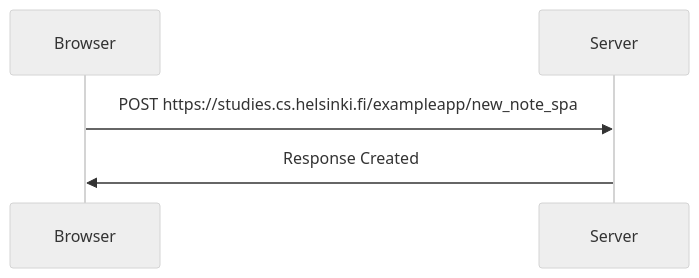
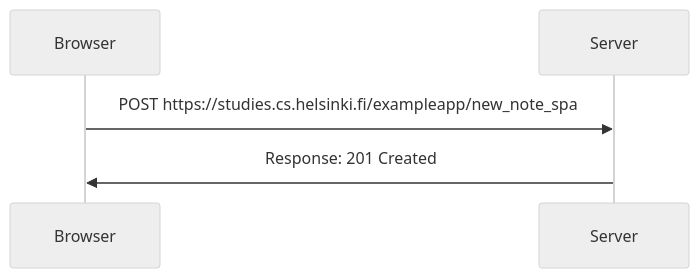
One commit to TNiemelainen/fullstackopenpalautukset changed the diagram in osa0/0.6: Uusi muistiinpano.md. Above: the diagram before and after it, drawn with Mermaid (neutral theme).

Commit message:
0.6 Final Answer v2

````diff
--- a/osa0/0.6: Uusi muistiinpano.md
+++ b/osa0/0.6: Uusi muistiinpano.md
@@ -1,5 +1,5 @@
 ```mermaid
 sequenceDiagram
     Browser ->> Server: POST https://studies.cs.helsinki.fi/exampleapp/new_note_spa
-    Server ->> Browser: Response Created
+    Server ->> Browser: Response: 201 Created
 ```
````
